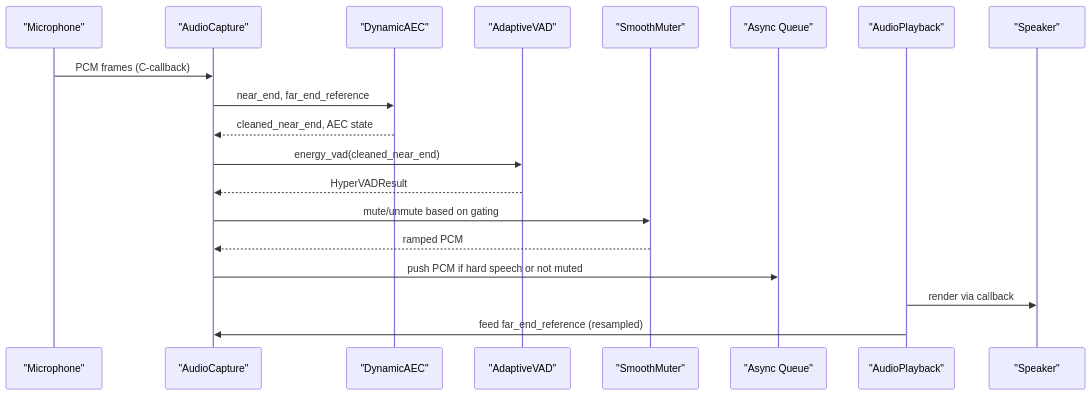
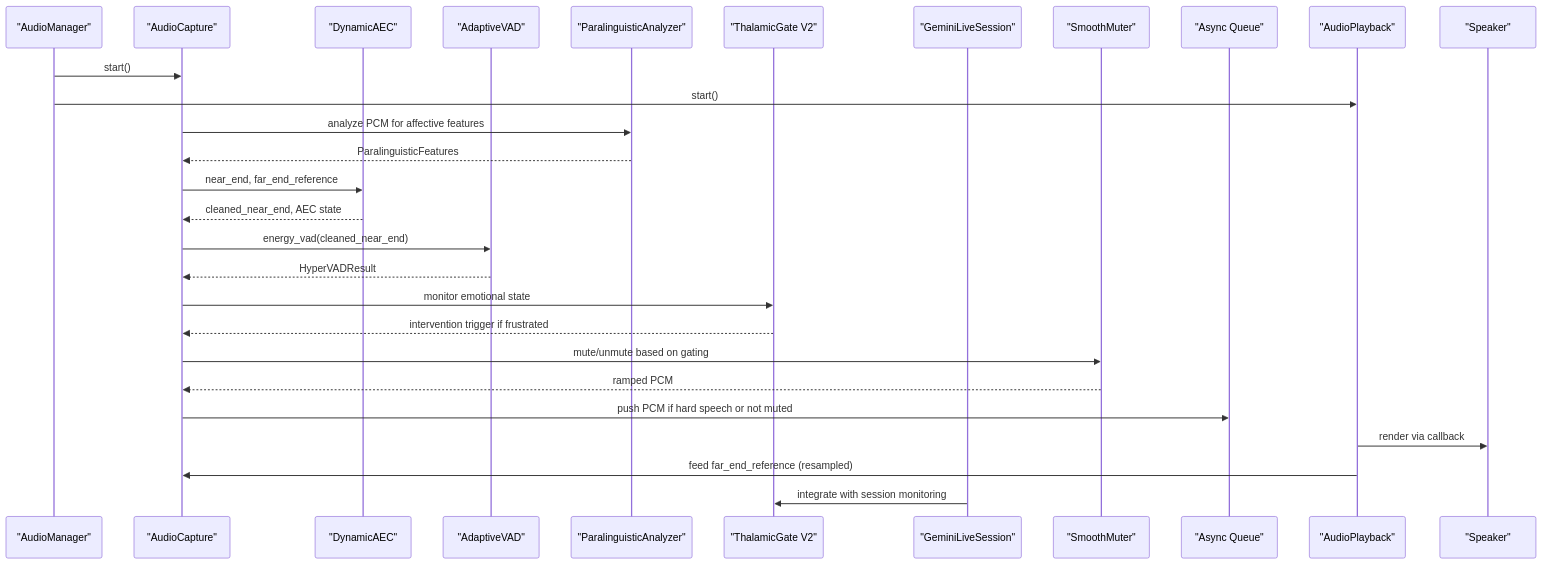
One commit to Moeabdelaziz007/Aether-Voice-OS changed the second of 12 diagrams in .qoder/repowiki/en/content/Audio Processing System/Audio Processing System.md. Above: the diagram before and after it, drawn with Mermaid. The commit also changed other lines of this file and 29 other files, not shown here.

````diff
--- a/.qoder/repowiki/en/content/Audio Processing System/Audio Processing System.md
+++ b/.qoder/repowiki/en/content/Audio Processing System/Audio Processing System.md
@@ -136,21 +204,30 @@
 ```mermaid
 sequenceDiagram
-participant Mic as "Microphone"
+participant AM as "AudioManager"
 participant Cap as "AudioCapture"
 participant AEC as "DynamicAEC"
 participant VAD as "AdaptiveVAD"
+participant PA as "ParalinguisticAnalyzer"
+participant TG as "ThalamicGate V2"
+participant GLS as "GeminiLiveSession"
 participant Muter as "SmoothMuter"
 participant Q as "Async Queue"
 participant PB as "AudioPlayback"
 participant Spk as "Speaker"
-Mic->>Cap : PCM frames (C-callback)
+AM->>Cap : start()
+AM->>PB : start()
+Cap->>PA : analyze PCM for affective features
+PA-->>Cap : ParalinguisticFeatures
 Cap->>AEC : near_end, far_end_reference
 AEC-->>Cap : cleaned_near_end, AEC state
 Cap->>VAD : energy_vad(cleaned_near_end)
 VAD-->>Cap : HyperVADResult
+Cap->>TG : monitor emotional state
+TG-->>Cap : intervention trigger if frustrated
 Cap->>Muter : mute/unmute based on gating
 Muter-->>Cap : ramped PCM
 Cap->>Q : push PCM if hard speech or not muted
 PB->>Spk : render via callback
 PB->>Cap : feed far_end_reference (resampled)
+GLS->>TG : integrate with session monitoring
 ```
````
